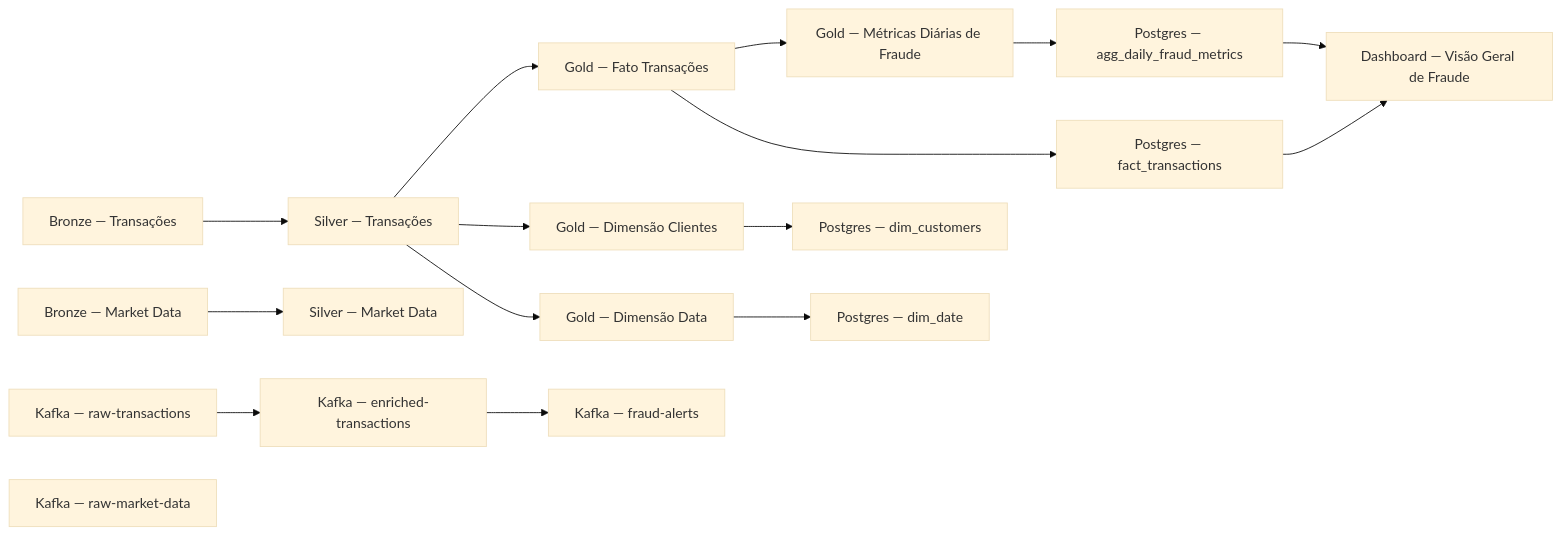
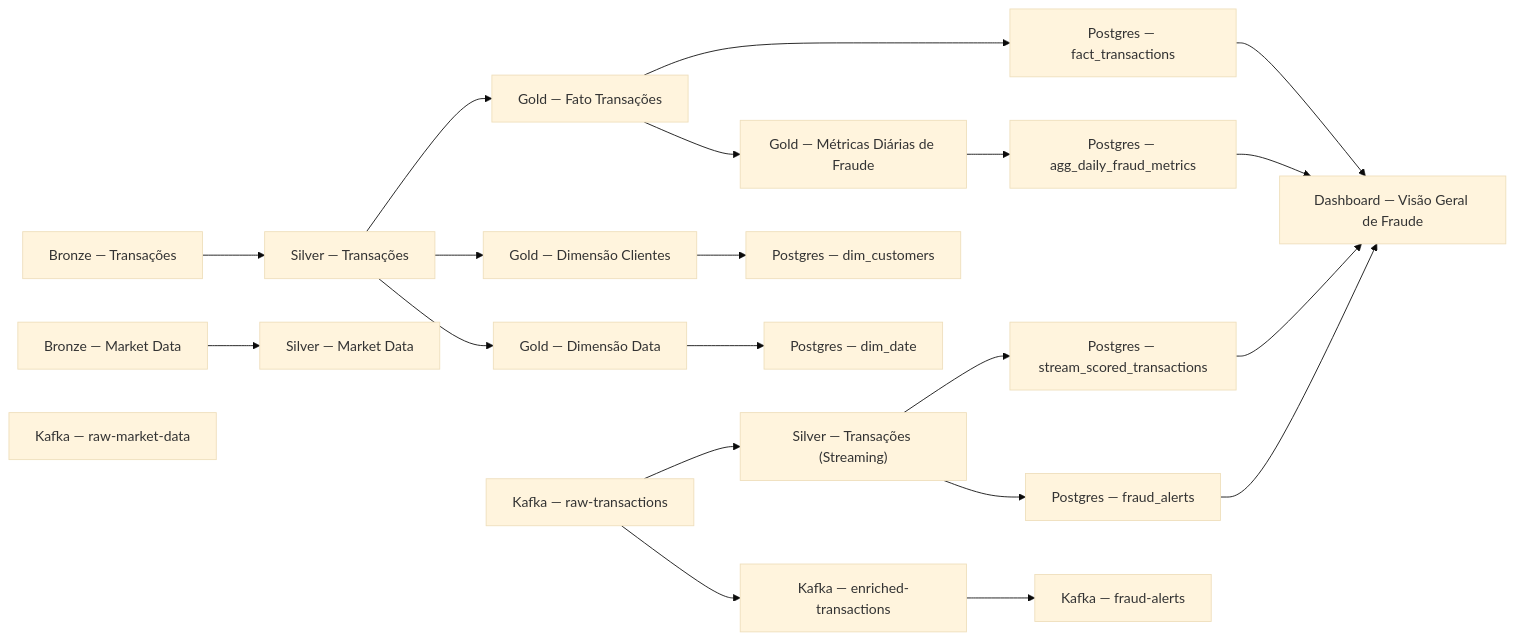
One commit to gpgomes/data-master-std-fraud changed the diagram in docs/data_catalog.md. Above: the diagram before and after it, drawn with Mermaid (base theme). The commit also changed other lines of this file and 29 other files, not shown here.

First line of the commit message:
feat(serving): persistir fraud_score e alertas do streaming no Postgres, API e Superset (#38)

````diff
--- a/docs/data_catalog.md
+++ b/docs/data_catalog.md
@@ -56,34 +59,42 @@
 ```mermaid
 graph LR
     bronze_transactions["Bronze — Transações"]
     bronze_market_data["Bronze — Market Data"]
     silver_transactions["Silver — Transações"]
     silver_market_data["Silver — Market Data"]
+    silver_transactions_stream["Silver — Transações (Streaming)"]
     gold_fact_transactions["Gold — Fato Transações"]
     gold_dim_customers["Gold — Dimensão Clientes"]
     gold_dim_date["Gold — Dimensão Data"]
     gold_agg_daily_fraud_metrics["Gold — Métricas Diárias de Fraude"]
     serving_fact_transactions["Postgres — fact_transactions"]
     serving_dim_customers["Postgres — dim_customers"]
     serving_dim_date["Postgres — dim_date"]
     serving_agg_daily_fraud_metrics["Postgres — agg_daily_fraud_metrics"]
+    serving_stream_scored_transactions["Postgres — stream_scored_transactions"]
+    serving_fraud_alerts["Postgres — fraud_alerts"]
     kafka_raw_transactions["Kafka — raw-transactions"]
     kafka_raw_market_data["Kafka — raw-market-data"]
     kafka_enriched_transactions["Kafka — enriched-transactions"]
     kafka_fraud_alerts["Kafka — fraud-alerts"]
     dashboard_fraud_overview["Dashboard — Visão Geral de Fraude"]
     bronze_transactions --> silver_transactions
     bronze_market_data --> silver_market_data
+    kafka_raw_transactions --> silver_transactions_stream
     silver_transactions --> gold_fact_transactions
     silver_transactions --> gold_dim_customers
     silver_transactions --> gold_dim_date
     gold_fact_transactions --> gold_agg_daily_fraud_metrics
     gold_fact_transactions --> serving_fact_transactions
     gold_dim_customers --> serving_dim_customers
     gold_dim_date --> serving_dim_date
     gold_agg_daily_fraud_metrics --> serving_agg_daily_fraud_metrics
+    silver_transactions_stream --> serving_stream_scored_transactions
+    silver_transactions_stream --> serving_fraud_alerts
     kafka_raw_transactions --> kafka_enriched_transactions
     kafka_enriched_transactions --> kafka_fraud_alerts
     serving_fact_transactions --> dashboard_fraud_overview
     serving_agg_daily_fraud_metrics --> dashboard_fraud_overview
+    serving_stream_scored_transactions --> dashboard_fraud_overview
+    serving_fraud_alerts --> dashboard_fraud_overview
 ```
````
